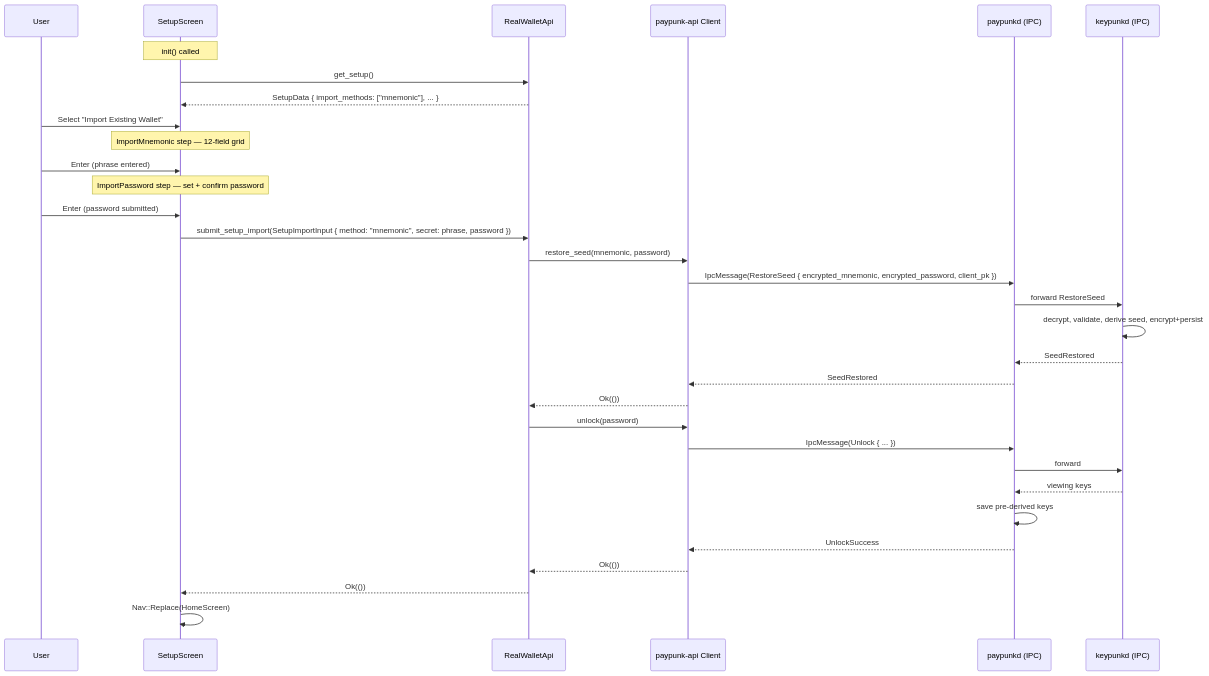
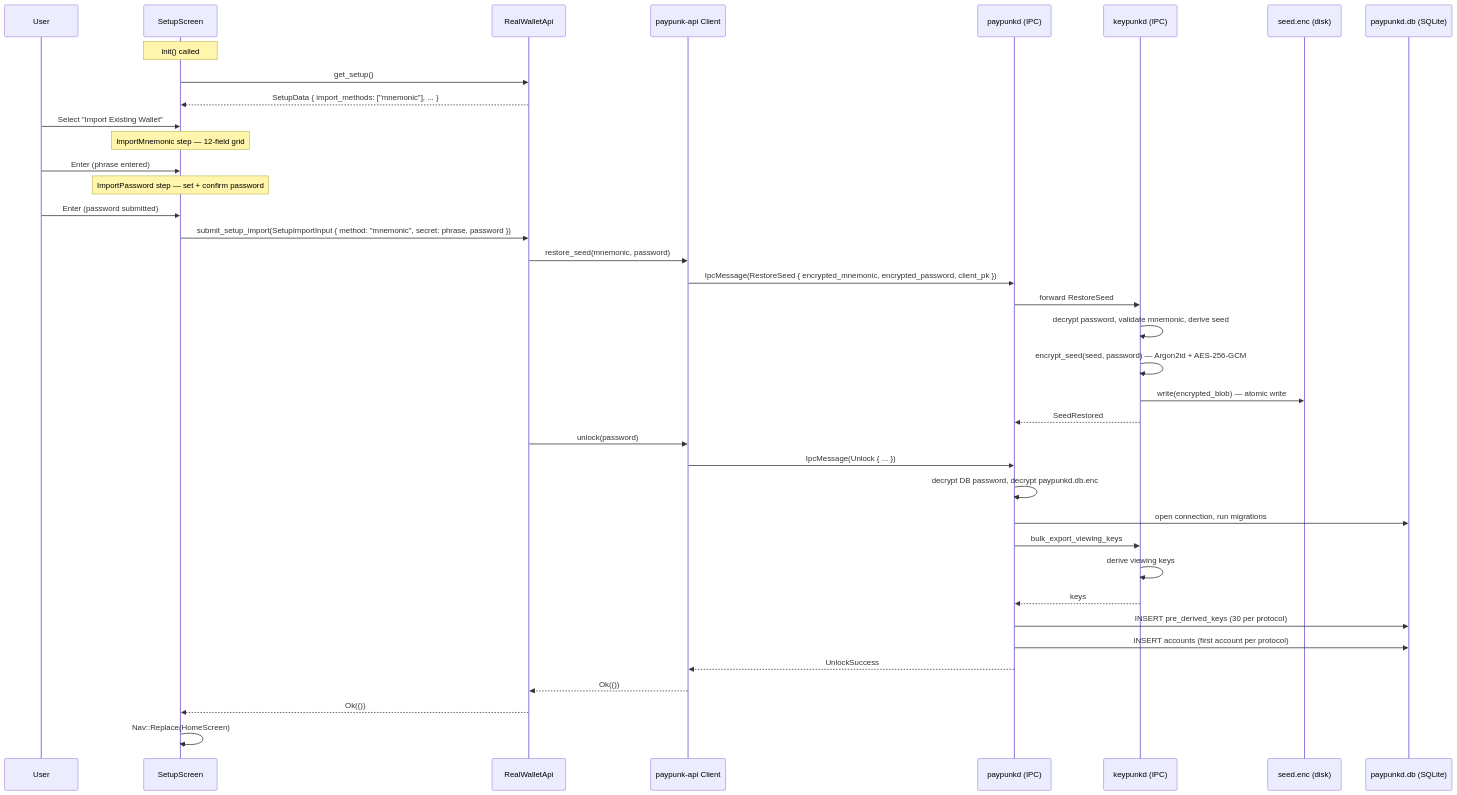
One commit to blockhackersio/paypunk changed the second of 2 diagrams in tui/docs/usecases/01-setup.md. Above: the diagram before and after it, drawn with Mermaid. The commit also changed other lines of this file and 9 other files, not shown here.

````diff
--- a/tui/docs/usecases/01-setup.md
+++ b/tui/docs/usecases/01-setup.md
@@ -59,40 +68,47 @@
 ```mermaid
 sequenceDiagram
     participant U as User
     participant TUI as SetupScreen
     participant API as RealWalletApi
     participant Client as paypunk-api Client
     participant paypunkd as paypunkd (IPC)
     participant keypunkd as keypunkd (IPC)
+    participant SeedFile as seed.enc (disk)
+    participant SQLite as paypunkd.db (SQLite)
 
     Note over TUI: init() called
     TUI->>API: get_setup()
     API-->>TUI: SetupData { import_methods: ["mnemonic"], ... }
 
     U->>TUI: Select "Import Existing Wallet"
     Note over TUI: ImportMnemonic step — 12-field grid
 
     U->>TUI: Enter (phrase entered)
     Note over TUI: ImportPassword step — set + confirm password
 
     U->>TUI: Enter (password submitted)
 
     TUI->>API: submit_setup_import(SetupImportInput { method: "mnemonic", secret: phrase, password })
     API->>Client: restore_seed(mnemonic, password)
     Client->>paypunkd: IpcMessage(RestoreSeed { encrypted_mnemonic, encrypted_password, client_pk })
     paypunkd->>keypunkd: forward RestoreSeed
-    keypunkd->>keypunkd: decrypt, validate, derive seed, encrypt+persist
+    keypunkd->>keypunkd: decrypt password, validate mnemonic, derive seed
+    keypunkd->>keypunkd: encrypt_seed(seed, password) — Argon2id + AES-256-GCM
+    keypunkd->>SeedFile: write(encrypted_blob) — atomic write
     keypunkd-->>paypunkd: SeedRestored
-    paypunkd-->>Client: SeedRestored
-    Client-->>API: Ok(())
+
     API->>Client: unlock(password)
     Client->>paypunkd: IpcMessage(Unlock { ... })
-    paypunkd->>keypunkd: forward
-    keypunkd-->>paypunkd: viewing keys
-    paypunkd->>paypunkd: save pre-derived keys
+    paypunkd->>paypunkd: decrypt DB password, decrypt paypunkd.db.enc
+    paypunkd->>SQLite: open connection, run migrations
+    paypunkd->>keypunkd: bulk_export_viewing_keys
+    keypunkd->>keypunkd: derive viewing keys
+    keypunkd-->>paypunkd: keys
+    paypunkd->>SQLite: INSERT pre_derived_keys (30 per protocol)
+    paypunkd->>SQLite: INSERT accounts (first account per protocol)
     paypunkd-->>Client: UnlockSuccess
     Client-->>API: Ok(())
     API-->>TUI: Ok(())
 
     TUI->>TUI: Nav::Replace(HomeScreen)
 ```
````
